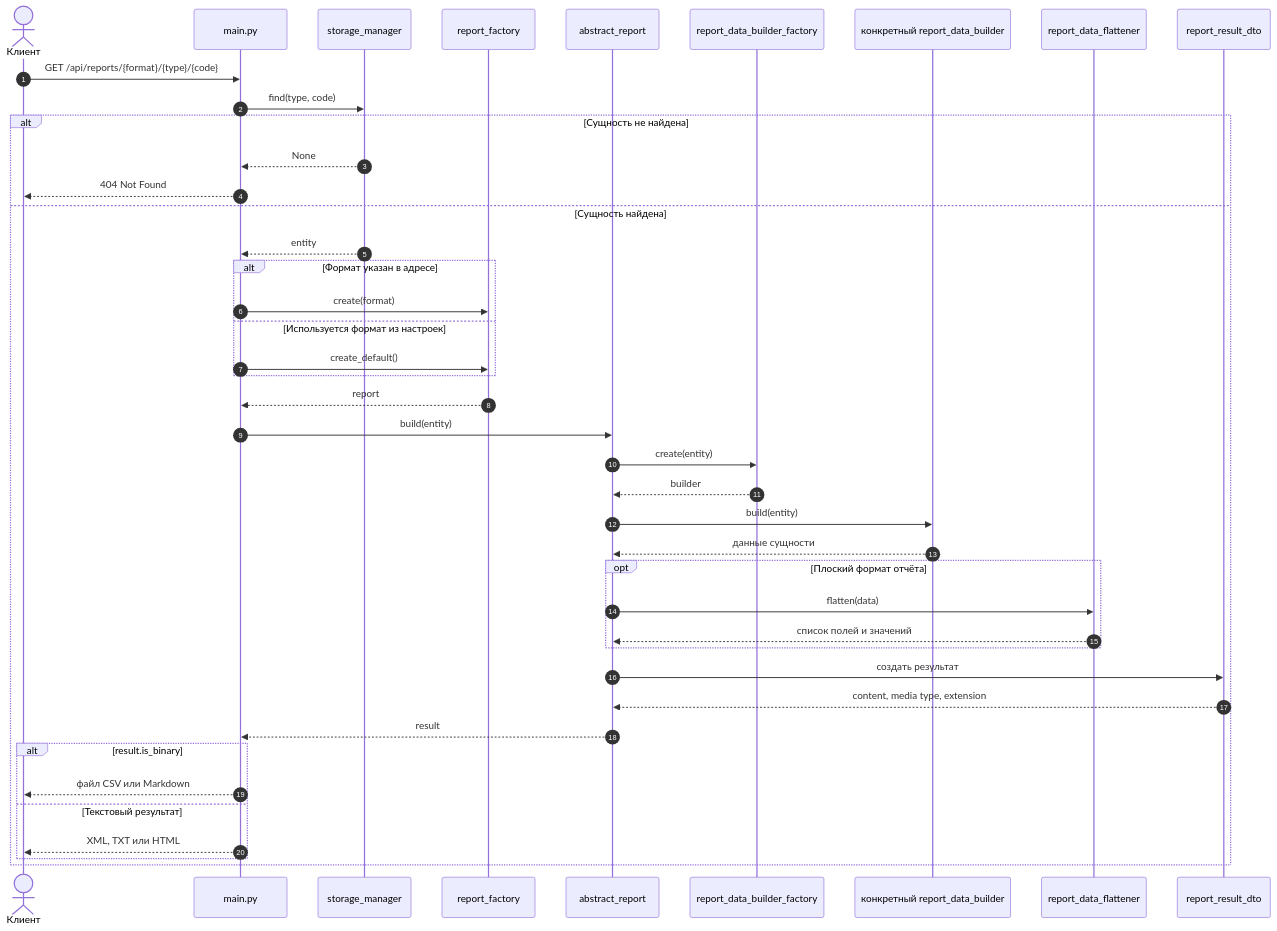
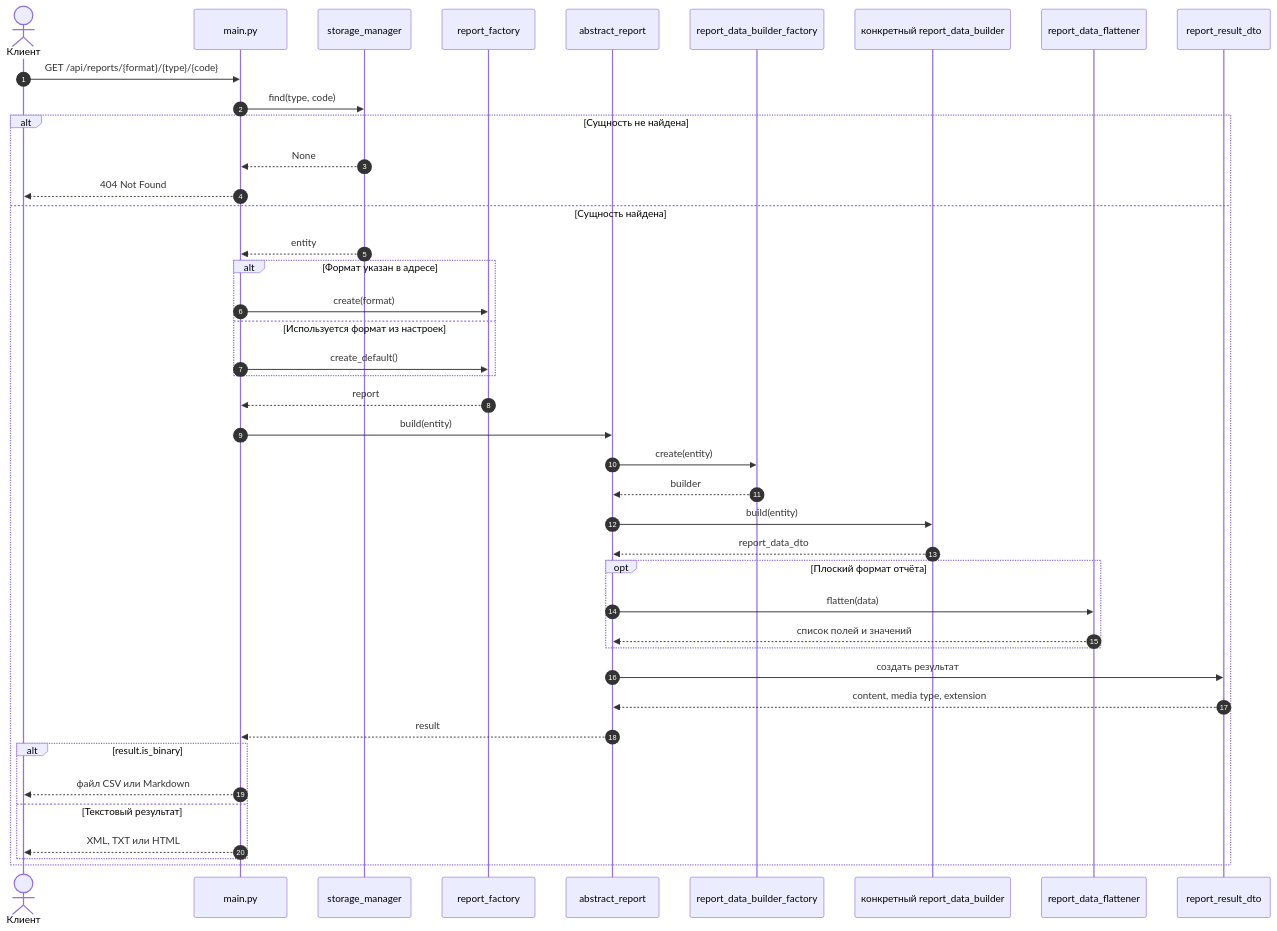
The second of 2 diagrams in Docs/UML/Reports.md (NikShep21/patterns2026), drawn with Mermaid before and after one commit. The commit also changed other lines of this file, not shown here.

Commit message:
update report UML for DTOs

````diff
--- a/Docs/UML/Reports.md
+++ b/Docs/UML/Reports.md
@@ -149,49 +172,49 @@
 ```mermaid
 sequenceDiagram
     autonumber
     actor Client as Клиент
     participant API as main.py
     participant Storage as storage_manager
     participant Factory as report_factory
     participant Report as abstract_report
     participant BuilderFactory as report_data_builder_factory
     participant Builder as конкретный report_data_builder
     participant Flattener as report_data_flattener
     participant Result as report_result_dto
 
     Client->>API: GET /api/reports/{format}/{type}/{code}
     API->>Storage: find(type, code)
 
     alt Сущность не найдена
         Storage-->>API: None
         API-->>Client: 404 Not Found
     else Сущность найдена
         Storage-->>API: entity
 
         alt Формат указан в адресе
             API->>Factory: create(format)
         else Используется формат из настроек
             API->>Factory: create_default()
         end
 
         Factory-->>API: report
         API->>Report: build(entity)
         Report->>BuilderFactory: create(entity)
         BuilderFactory-->>Report: builder
         Report->>Builder: build(entity)
-        Builder-->>Report: данные сущности
+        Builder-->>Report: report_data_dto
         opt Плоский формат отчёта
             Report->>Flattener: flatten(data)
             Flattener-->>Report: список полей и значений
         end
         Report->>Result: создать результат
         Result-->>Report: content, media type, extension
         Report-->>API: result
 
         alt result.is_binary
             API-->>Client: файл CSV или Markdown
         else Текстовый результат
             API-->>Client: XML, TXT или HTML
         end
     end
 ```
````
